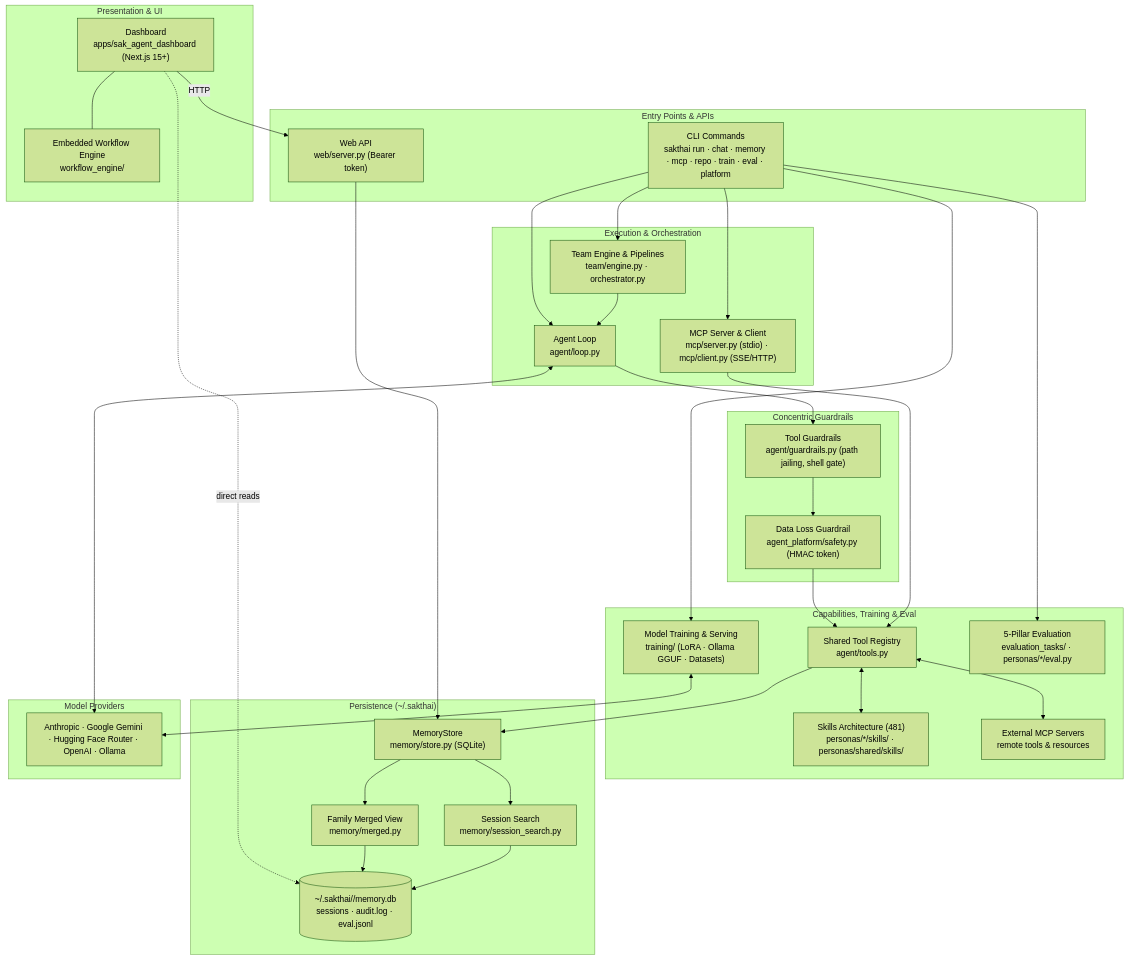
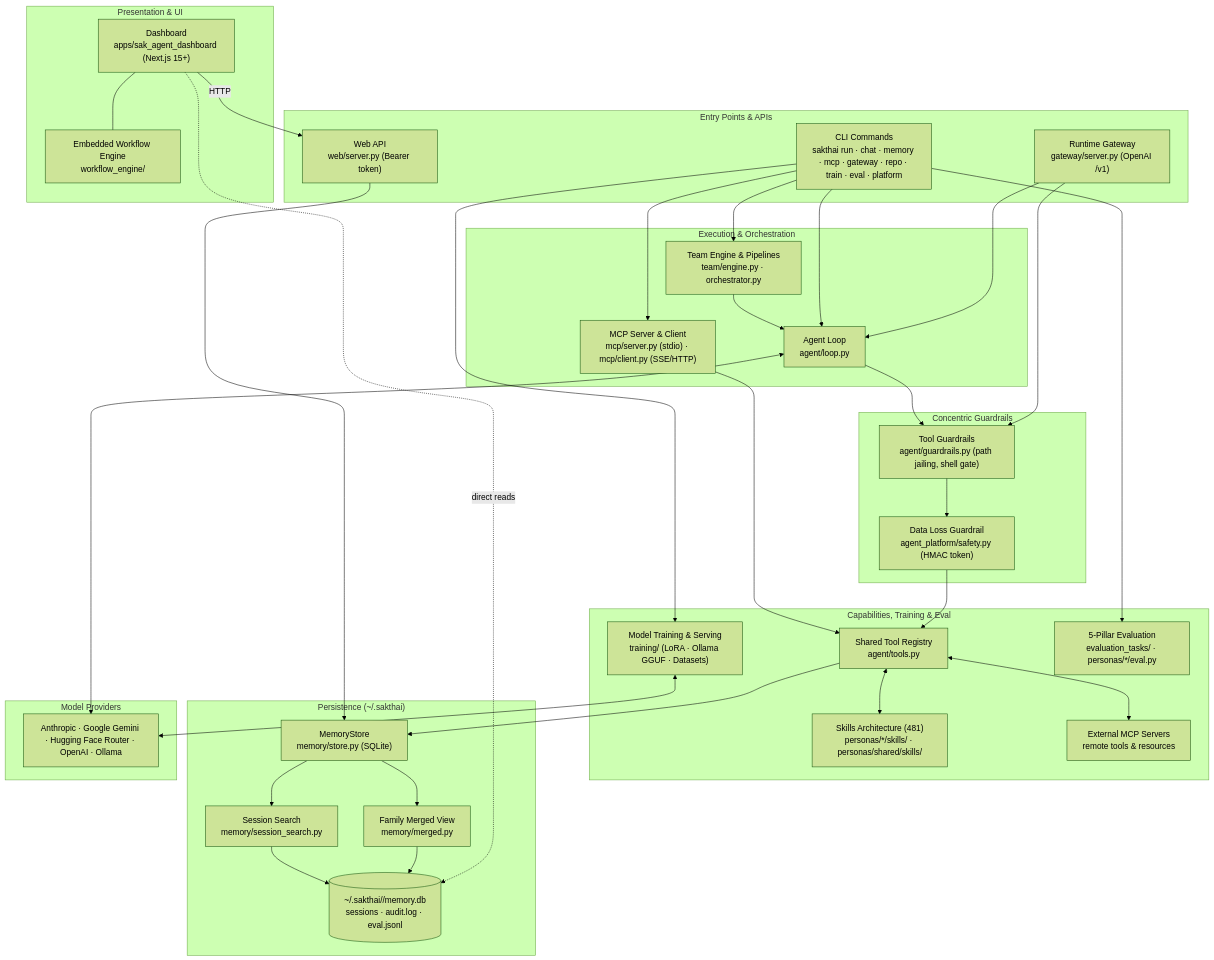
Before and after one commit to beer-sakthai/Sak-Family-Agent: the diagram in README.md, drawn with Mermaid (forest theme). The commit also changed other lines of this file and 3 other files, not shown here.

Commit message:
docs(gateway): document runtime gateway architecture, security controls, and endpoints

````diff
--- a/README.md
+++ b/README.md
@@ -136,62 +138,65 @@
 ```mermaid
 flowchart TD
     subgraph Presentation ["Presentation & UI"]
         DASH["Dashboard<br/>apps/sak_agent_dashboard (Next.js 15+)"]
         ENG["Embedded Workflow Engine<br/>workflow_engine/"]
         DASH --- ENG
     end
 
     subgraph Entrypoints ["Entry Points & APIs"]
+        GATEWAY["Runtime Gateway<br/>gateway/server.py (OpenAI /v1)"]
         WEB["Web API<br/>web/server.py (Bearer token)"]
-        CLI["CLI Commands<br/>sakthai run · chat · memory · mcp · repo · train · eval · platform"]
+        CLI["CLI Commands<br/>sakthai run · chat · memory · mcp · gateway · repo · train · eval · platform"]
     end
 
     subgraph Execution ["Execution & Orchestration"]
         LOOP["Agent Loop<br/>agent/loop.py"]
         TEAM["Team Engine & Pipelines<br/>team/engine.py · orchestrator.py"]
         MCP["MCP Server & Client<br/>mcp/server.py (stdio) · mcp/client.py (SSE/HTTP)"]
     end
 
     subgraph Safety ["Concentric Guardrails"]
         GUARD["Tool Guardrails<br/>agent/guardrails.py (path jailing, shell gate)"]
         SAFE["Data Loss Guardrail<br/>agent_platform/safety.py (HMAC token)"]
     end
 
     subgraph Capabilities ["Capabilities, Training & Eval"]
         TOOLS["Shared Tool Registry<br/>agent/tools.py"]
         SKILLS["Skills Architecture (481)<br/>personas/*/skills/ · personas/shared/skills/"]
         TRAIN["Model Training & Serving<br/>training/ (LoRA · Ollama GGUF · Datasets)"]
         EVAL["5-Pillar Evaluation<br/>evaluation_tasks/ · personas/*/eval.py"]
         EXT["External MCP Servers<br/>remote tools & resources"]
     end
 
     subgraph Storage ["Persistence (~/.sakthai)"]
         STORE["MemoryStore<br/>memory/store.py (SQLite)"]
         SEARCH["Session Search<br/>memory/session_search.py"]
         FAMILY["Family Merged View<br/>memory/merged.py"]
         HOME[("~/.sakthai/<persona>/memory.db<br/>sessions · audit.log · eval.jsonl")]
     end
 
     subgraph Providers ["Model Providers"]
         PROV["Anthropic · Google Gemini · Hugging Face Router · OpenAI · Ollama"]
     end
 
     DASH -- HTTP --> WEB
     DASH -. direct reads .-> HOME
+    GATEWAY --> LOOP
+    GATEWAY --> GUARD
     WEB --> STORE
     CLI --> LOOP
     CLI --> TEAM
     CLI --> MCP
     CLI --> TRAIN
     CLI --> EVAL
     LOOP <--> PROV
     LOOP --> GUARD --> SAFE --> TOOLS
     TEAM --> LOOP
     MCP --> TOOLS
     TRAIN <--> PROV
     TOOLS <--> EXT
     TOOLS <--> SKILLS
     TOOLS --> STORE
     STORE --> FAMILY --> HOME
     STORE --> SEARCH --> HOME
 ```
````
